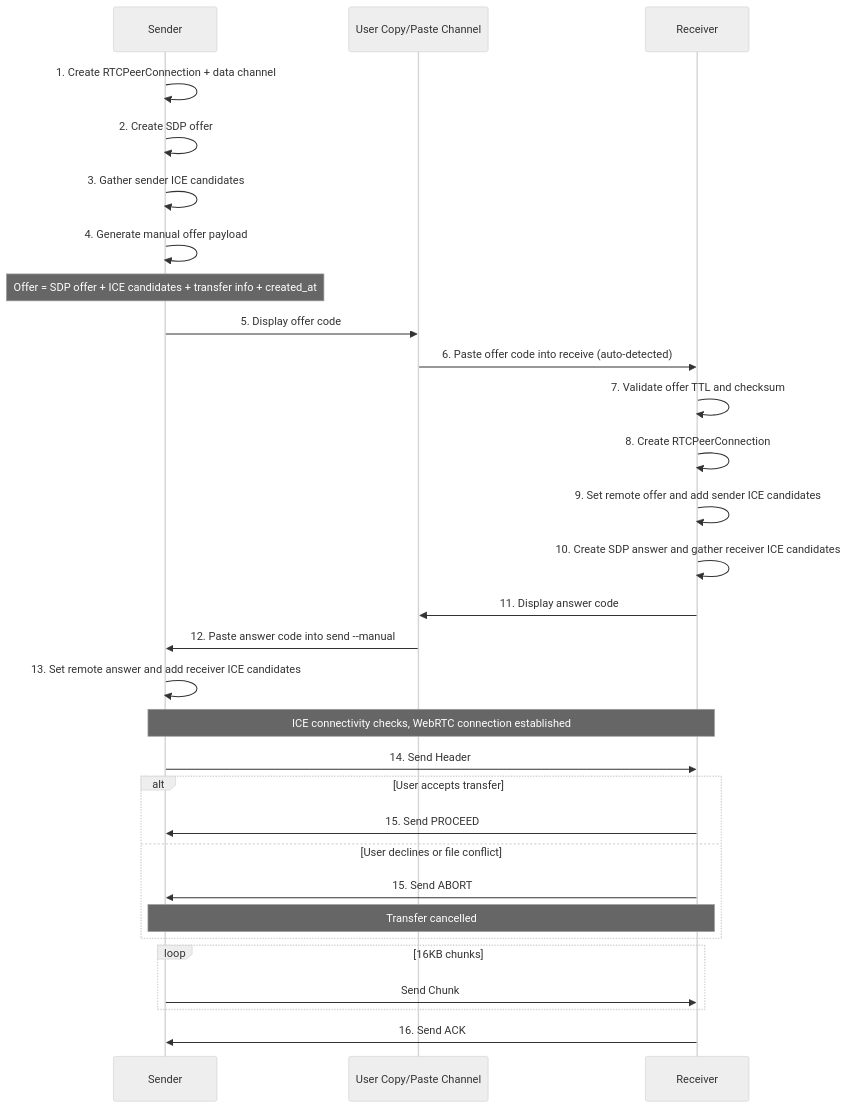
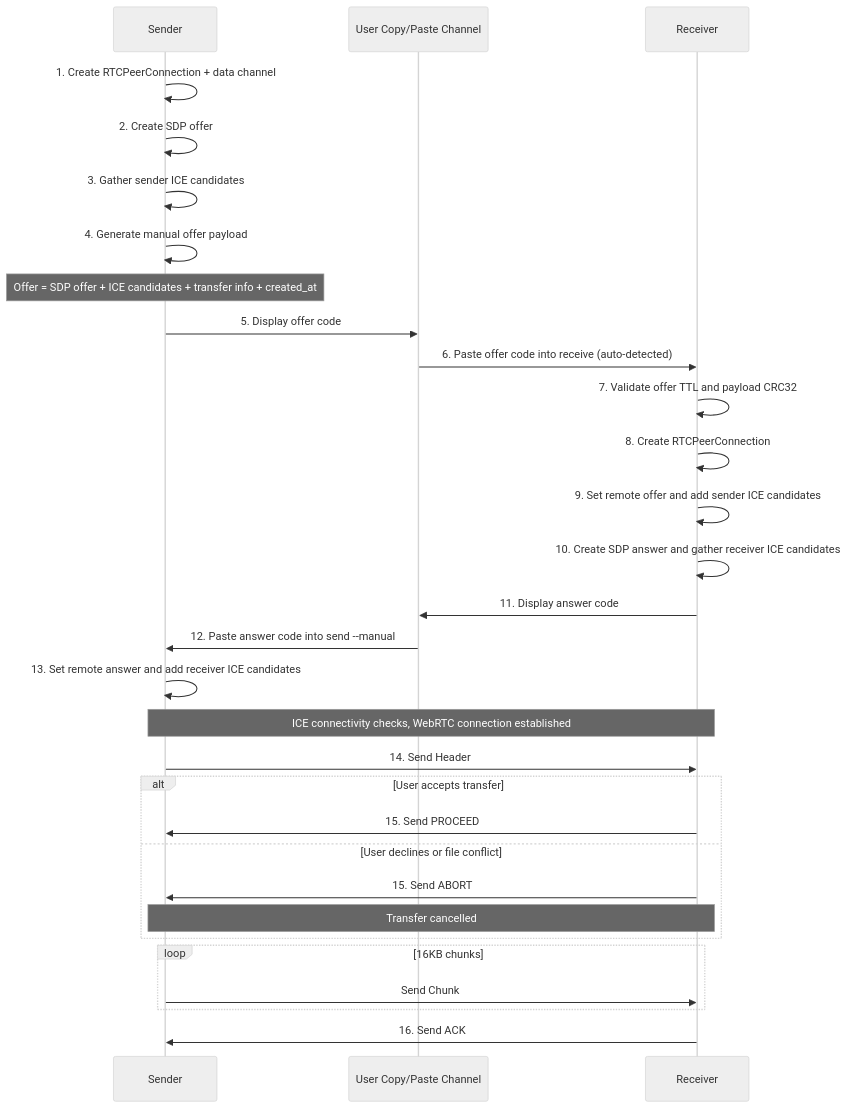
Before and after one commit to andrewtheguy/secure-send-cli: the second of 2 diagrams in docs/ARCHITECTURE.md, drawn with Mermaid (neutral theme). The commit also changed other lines of this file and 9 other files, not shown here.

````diff
--- a/docs/ARCHITECTURE.md
+++ b/docs/ARCHITECTURE.md
@@ -82,40 +74,40 @@
 ```mermaid
 sequenceDiagram
     participant Sender
     participant User as User Copy/Paste Channel
     participant Receiver
 
     Sender->>Sender: 1. Create RTCPeerConnection + data channel
     Sender->>Sender: 2. Create SDP offer
     Sender->>Sender: 3. Gather sender ICE candidates
     Sender->>Sender: 4. Generate manual offer payload
     Note over Sender: Offer = SDP offer + ICE candidates + transfer info + created_at
 
     Sender->>User: 5. Display offer code
     User->>Receiver: 6. Paste offer code into receive (auto-detected)
 
-    Receiver->>Receiver: 7. Validate offer TTL and checksum
+    Receiver->>Receiver: 7. Validate offer TTL and payload CRC32
     Receiver->>Receiver: 8. Create RTCPeerConnection
     Receiver->>Receiver: 9. Set remote offer and add sender ICE candidates
     Receiver->>Receiver: 10. Create SDP answer and gather receiver ICE candidates
 
     Receiver->>User: 11. Display answer code
     User->>Sender: 12. Paste answer code into send --manual
 
     Sender->>Sender: 13. Set remote answer and add receiver ICE candidates
 
     Note over Sender,Receiver: ICE connectivity checks, WebRTC connection established
     Sender->>Receiver: 14. Send Header
     alt User accepts transfer
         Receiver->>Sender: 15. Send PROCEED
     else User declines or file conflict
         Receiver->>Sender: 15. Send ABORT
         Note over Sender,Receiver: Transfer cancelled
     end
 
     loop 16KB chunks
         Sender->>Receiver: Send Chunk
     end
 
     Receiver->>Sender: 16. Send ACK
 ```
````
